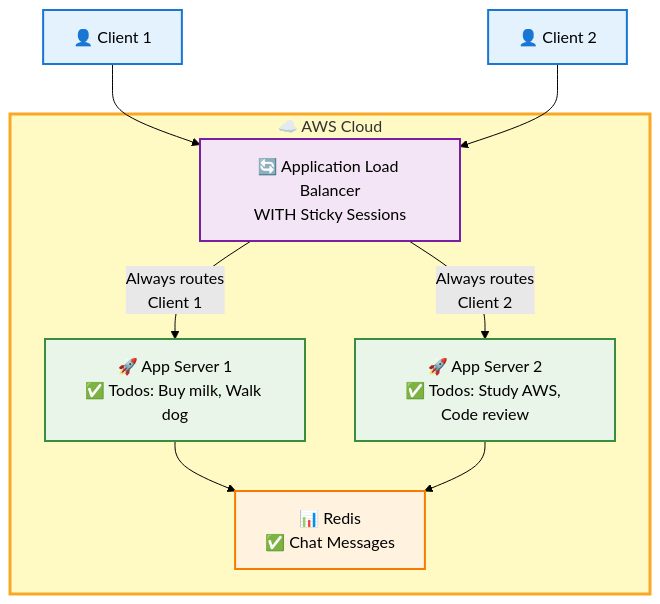
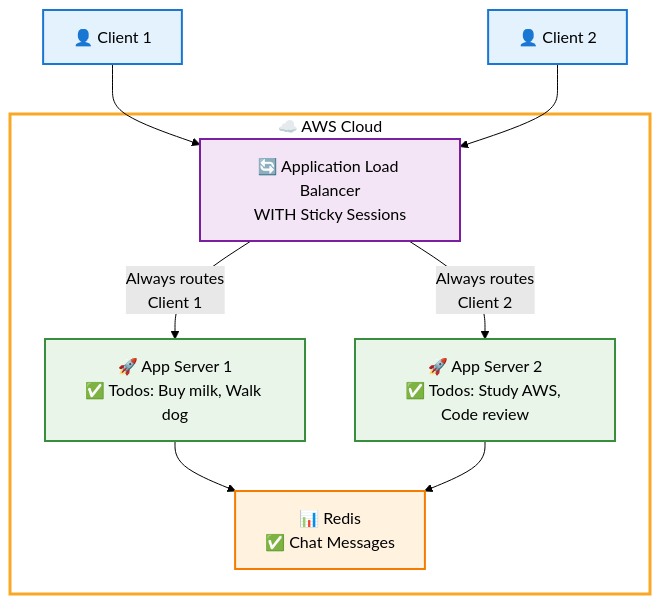
One commit to Jilan5/mermaid-tester changed the first of 2 diagrams in README.md. Above: the diagram before and after it, drawn with Mermaid (forest theme). The commit also changed other lines of this file, not shown here.

````diff
--- a/README.md
+++ b/README.md
@@ -1,30 +1,30 @@
 ```mermaid
 flowchart TD
     C1[👤 Client 1] --> ALB[🔄 Application Load Balancer<br/>WITH Sticky Sessions]
     C2[👤 Client 2] --> ALB
     
     ALB -->|Always routes<br/>Client 1| A1[🚀 App Server 1<br/>✅ Todos: Buy milk, Walk dog]
     ALB -->|Always routes<br/>Client 2| A2[🚀 App Server 2<br/>✅ Todos: Study AWS, Code review]
     
     A1 --> R[📊 Redis<br/>✅ Chat Messages]
     A2 --> R
     
     subgraph AWS["☁️ AWS Cloud"]
         ALB
         A1
         A2
         R
     end
     
-    classDef client fill:#e3f2fd,stroke:#1976d2,stroke-width:2px
-    classDef alb fill:#f3e5f5,stroke:#7b1fa2,stroke-width:2px
-    classDef server fill:#e8f5e8,stroke:#388e3c,stroke-width:2px
-    classDef redis fill:#fff3e0,stroke:#f57c00,stroke-width:2px
-    classDef aws fill:#fff9c4,stroke:#f9a825,stroke-width:3px
+    classDef client fill:#e3f2fd,stroke:#1976d2,stroke-width:2px,color:#000
+    classDef alb fill:#f3e5f5,stroke:#7b1fa2,stroke-width:2px,color:#000
+    classDef server fill:#e8f5e8,stroke:#388e3c,stroke-width:2px,color:#000
+    classDef redis fill:#fff3e0,stroke:#f57c00,stroke-width:2px,color:#000
+    classDef aws fill:none,stroke:#f9a825,stroke-width:3px,color:#000
     
     class C1,C2 client
     class ALB alb
     class A1,A2 server
     class R redis
     class AWS aws
 ```
````
